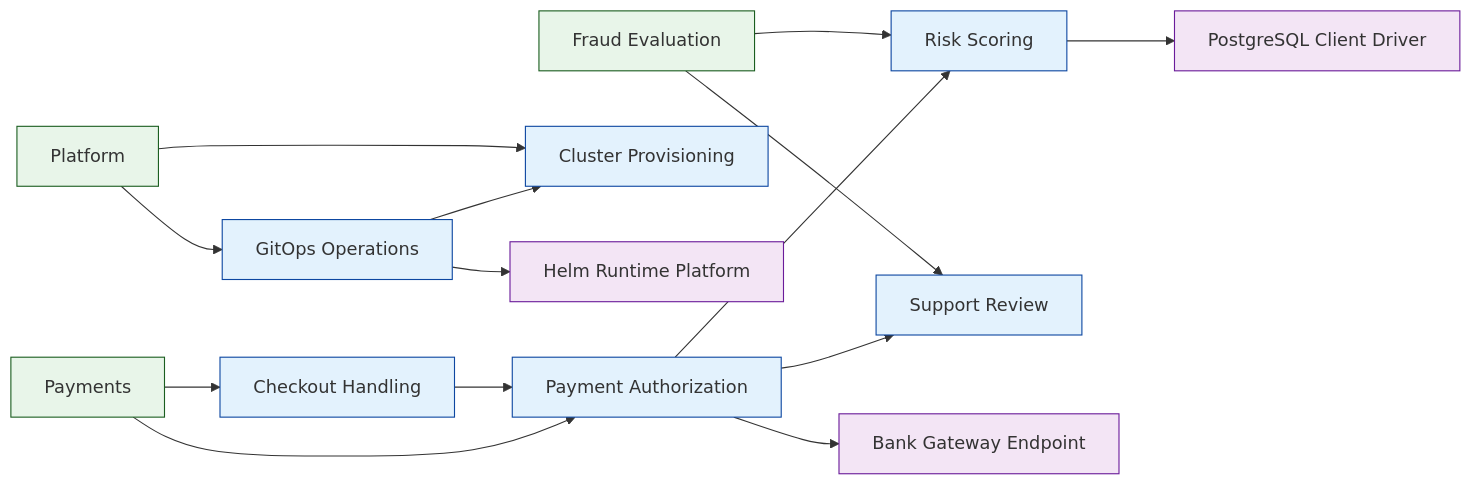
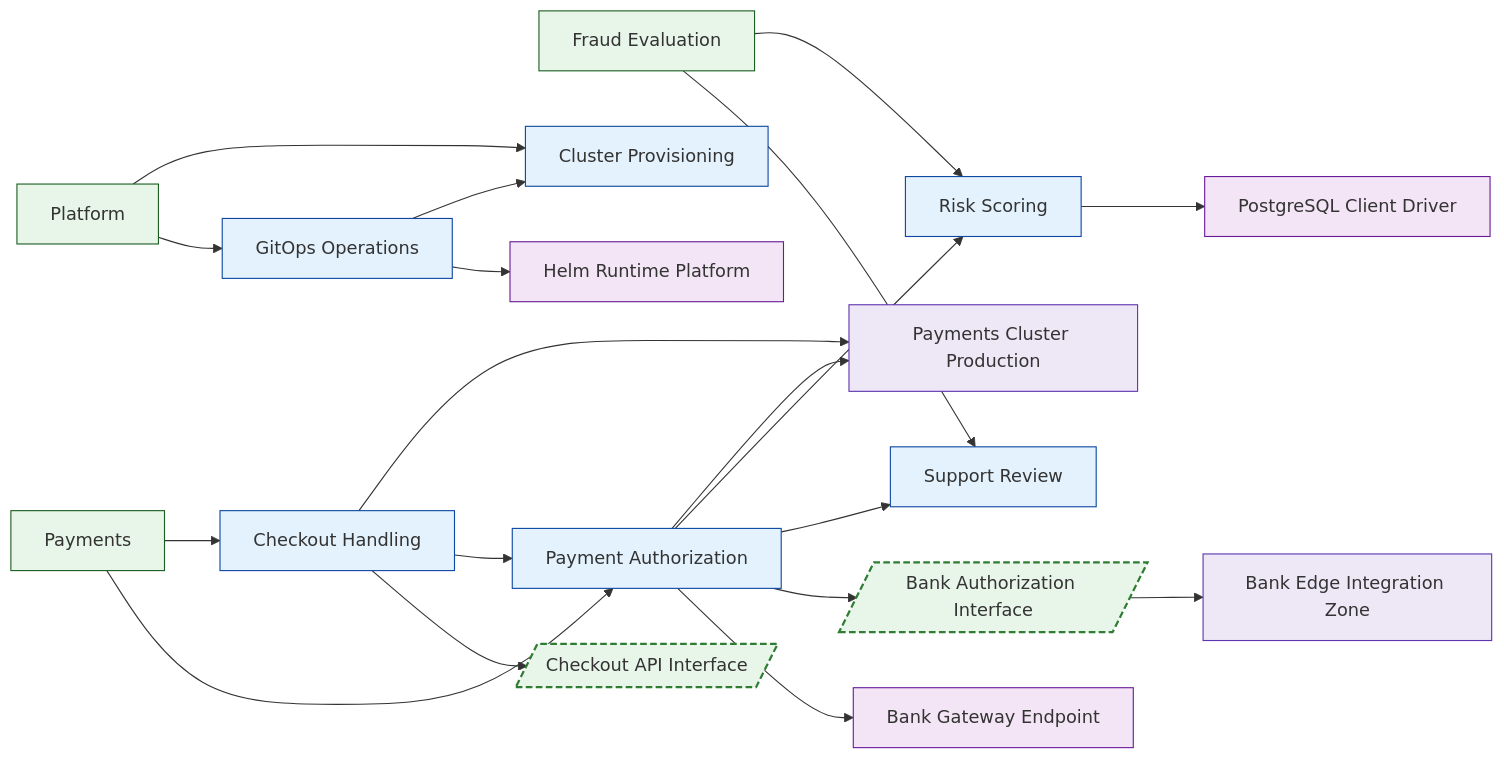
The diagram in examples/payments-engineering-sample/generated/VIEW-DEPLOYMENT.mmd (labeth/engineering-model-go), drawn with Mermaid before and after one commit. The commit also changed 66 other files, not shown here.

```diff
--- a/examples/payments-engineering-sample/generated/VIEW-DEPLOYMENT.mmd
+++ b/examples/payments-engineering-sample/generated/VIEW-DEPLOYMENT.mmd
@@ -1,42 +1,51 @@
 flowchart LR
 %% view: VIEW-DEPLOYMENT (deployment)
+N_DEP_PAYMENTS_BANK_EDGE["Bank Edge Integration Zone"]:::deployment_target
+N_DEP_PAYMENTS_CLUSTER_PROD["Payments Cluster Production"]:::deployment_target
 N_FG_FRAUD["Fraud Evaluation"]:::functional_group
 N_FG_PAYMENTS["Payments"]:::functional_group
 N_FG_PLATFORM["Platform"]:::functional_group
 N_FU_CHECKOUT["Checkout Handling"]:::functional_unit
 N_FU_CLUSTER_PROVISIONING["Cluster Provisioning"]:::functional_unit
 N_FU_GITOPS_OPERATIONS["GitOps Operations"]:::functional_unit
 N_FU_PAYMENT_AUTHORIZATION["Payment Authorization"]:::functional_unit
 N_FU_RISK_SCORING["Risk Scoring"]:::functional_unit
 N_FU_SUPPORT_REVIEW["Support Review"]:::functional_unit
+N_IF_PAYMENTS_BANK_AUTH[/"Bank Authorization Interface"/]:::interface
+N_IF_PAYMENTS_CHECKOUT_API[/"Checkout API Interface"/]:::interface
 N_REF_BANK_GATEWAY_ENDPOINT["Bank Gateway Endpoint"]:::referenced_element
 N_REF_HELM_PLATFORM["Helm Runtime Platform"]:::referenced_element
 N_REF_POSTGRES_DRIVER["PostgreSQL Client Driver"]:::referenced_element
 N_FG_FRAUD --> N_FU_RISK_SCORING
 N_FG_FRAUD --> N_FU_SUPPORT_REVIEW
 N_FG_PAYMENTS --> N_FU_CHECKOUT
 N_FG_PAYMENTS --> N_FU_PAYMENT_AUTHORIZATION
 N_FG_PLATFORM --> N_FU_CLUSTER_PROVISIONING
 N_FG_PLATFORM --> N_FU_GITOPS_OPERATIONS
+N_FU_CHECKOUT --> N_DEP_PAYMENTS_CLUSTER_PROD
 N_FU_CHECKOUT --> N_FU_PAYMENT_AUTHORIZATION
+N_FU_CHECKOUT --> N_IF_PAYMENTS_CHECKOUT_API
 N_FU_GITOPS_OPERATIONS --> N_FU_CLUSTER_PROVISIONING
 N_FU_GITOPS_OPERATIONS --> N_REF_HELM_PLATFORM
+N_FU_PAYMENT_AUTHORIZATION --> N_DEP_PAYMENTS_CLUSTER_PROD
 N_FU_PAYMENT_AUTHORIZATION --> N_FU_RISK_SCORING
 N_FU_PAYMENT_AUTHORIZATION --> N_FU_SUPPORT_REVIEW
+N_FU_PAYMENT_AUTHORIZATION --> N_IF_PAYMENTS_BANK_AUTH
 N_FU_PAYMENT_AUTHORIZATION --> N_REF_BANK_GATEWAY_ENDPOINT
 N_FU_RISK_SCORING --> N_REF_POSTGRES_DRIVER
+N_IF_PAYMENTS_BANK_AUTH --> N_DEP_PAYMENTS_BANK_EDGE
 classDef functional_group fill:#e8f5e9,stroke:#1b5e20,stroke-width:1px;
 classDef functional_unit fill:#e3f2fd,stroke:#0d47a1,stroke-width:1px;
 classDef actor fill:#fff8e1,stroke:#ef6c00,stroke-width:1px;
 classDef attack_vector fill:#ffebee,stroke:#b71c1c,stroke-width:1px;
 classDef referenced_element fill:#f3e5f5,stroke:#6a1b9a,stroke-width:1px;
-classDef interface fill:#e8f5e9,stroke:#2e7d32,stroke-width:1px;
-classDef data_object fill:#fff3e0,stroke:#ef6c00,stroke-width:1px;
+classDef interface fill:#e8f5e9,stroke:#2e7d32,stroke-width:2px,stroke-dasharray: 6 3;
+classDef data_object fill:#fff3e0,stroke:#ef6c00,stroke-width:2px,stroke-dasharray: 2 2;
 classDef deployment_target fill:#ede7f6,stroke:#5e35b1,stroke-width:1px;
 classDef control fill:#fce4ec,stroke:#ad1457,stroke-width:1px;
-classDef trust_boundary fill:#e0f7fa,stroke:#006064,stroke-width:1px;
+classDef trust_boundary fill:#e0f7fa,stroke:#006064,stroke-width:2px,stroke-dasharray: 10 4;
 classDef state fill:#e1f5fe,stroke:#0277bd,stroke-width:1px;
 classDef event fill:#fffde7,stroke:#f9a825,stroke-width:1px;
-classDef flow fill:#ede7f6,stroke:#4527a0,stroke-width:1px;
-classDef flow_step fill:#f1f8e9,stroke:#33691e,stroke-width:1px;
+classDef flow fill:#ede7f6,stroke:#4527a0,stroke-width:2px;
+classDef flow_step fill:#f1f8e9,stroke:#33691e,stroke-width:2px;
 classDef unknown fill:#ffffff,stroke:#adb5bd,stroke-width:1px;
```
